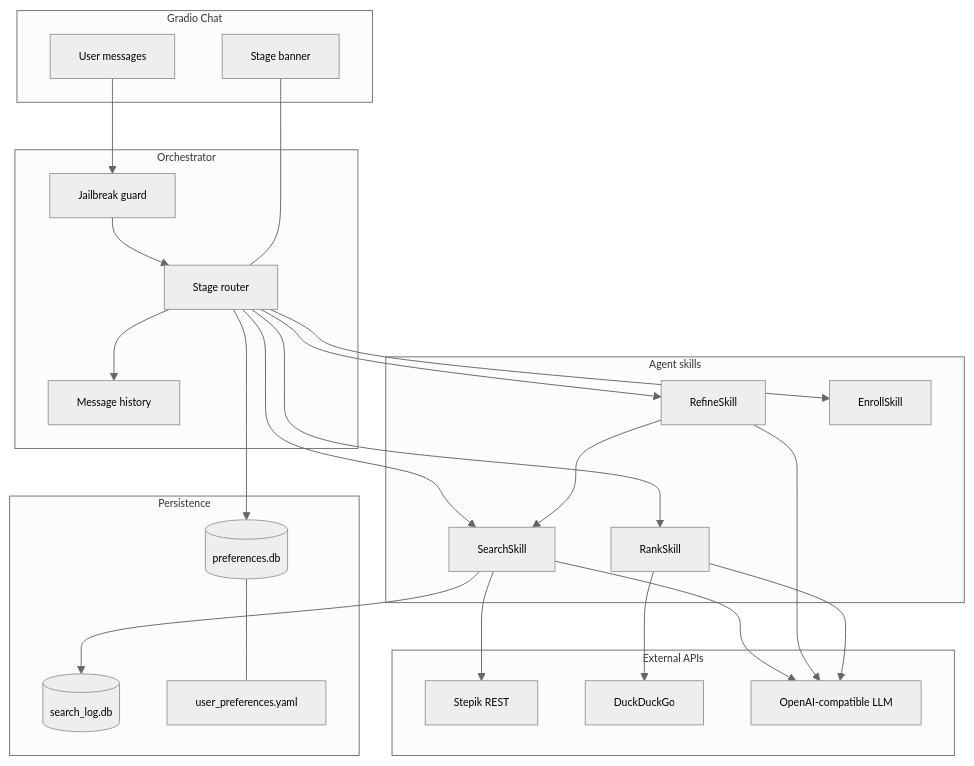
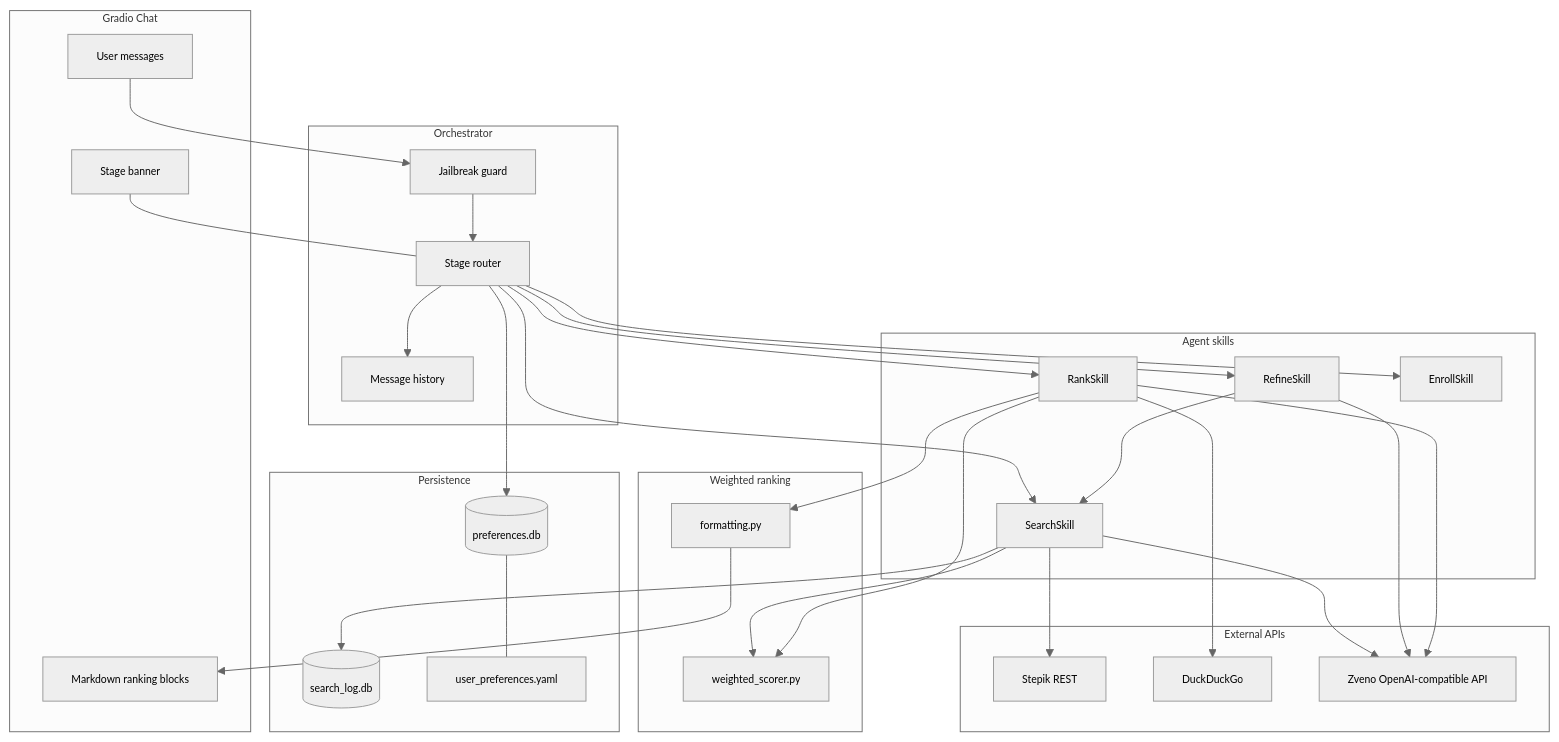
The first of 2 diagrams in README.md (pymlex/stepik-agent), drawn with Mermaid before and after one commit. The commit also changed other lines of this file, not shown here.

Commit message:
Update README for weighted ranking, Gradio UX, and current run flow

````diff
--- a/README.md
+++ b/README.md
@@ -11,50 +11,60 @@
 ```mermaid
 %%{init: {"theme": "neutral", "themeVariables": {"fontSize": "11px"}}}%%
 flowchart TB
     subgraph UI["Gradio Chat"]
         U[User messages]
         SB[Stage banner]
+        MD[Markdown ranking blocks]
     end
 
     subgraph ORCH["Orchestrator"]
         H[Message history]
         JB[Jailbreak guard]
         ROUTE[Stage router]
     end
 
     subgraph SKILLS["Agent skills"]
         SQ[SearchSkill]
         RF[RefineSkill]
         RK[RankSkill]
         EN[EnrollSkill]
     end
 
+    subgraph RANK["Weighted ranking"]
+        WS[weighted_scorer.py]
+        FMT[formatting.py]
+    end
+
     subgraph DATA["Persistence"]
         PREF[(preferences.db)]
         SLOG[(search_log.db)]
         YAML[user_preferences.yaml]
     end
 
     subgraph EXTERNAL["External APIs"]
         API[Stepik REST]
         DDG[DuckDuckGo]
-        LLM[OpenAI-compatible LLM]
+        LLM[Zveno OpenAI-compatible API]
     end
 
     U --> JB --> ROUTE
     ROUTE --> H
     ROUTE --> SQ
     SQ --> LLM
     SQ --> API
     SQ --> SLOG
+    SQ --> WS
     ROUTE --> RF
     RF --> LLM
     RF --> SQ
     ROUTE --> RK
     RK --> LLM
     RK --> DDG
+    RK --> WS
+    RK --> FMT
+    FMT --> MD
     ROUTE --> EN
     PREF --- YAML
     ROUTE --> PREF
     SB --- ROUTE
 ```
````
